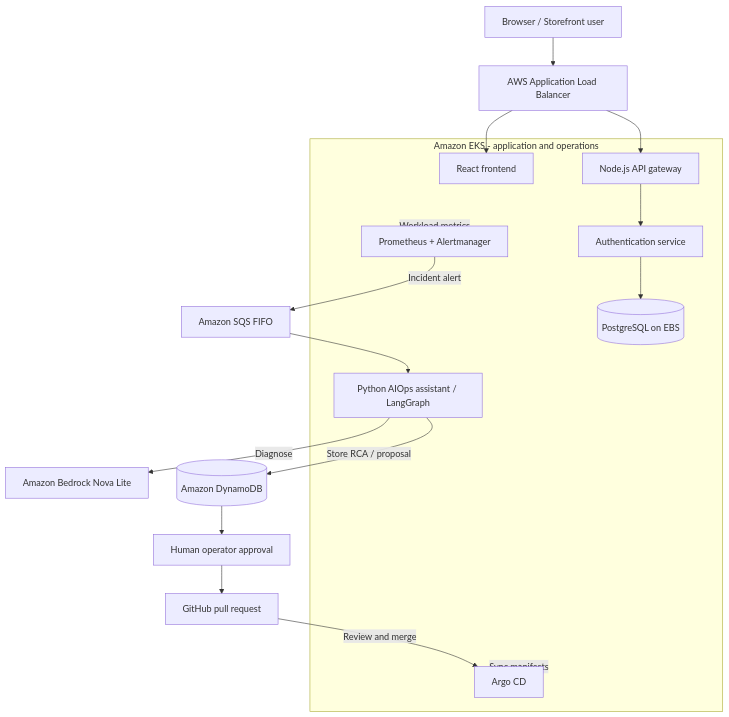
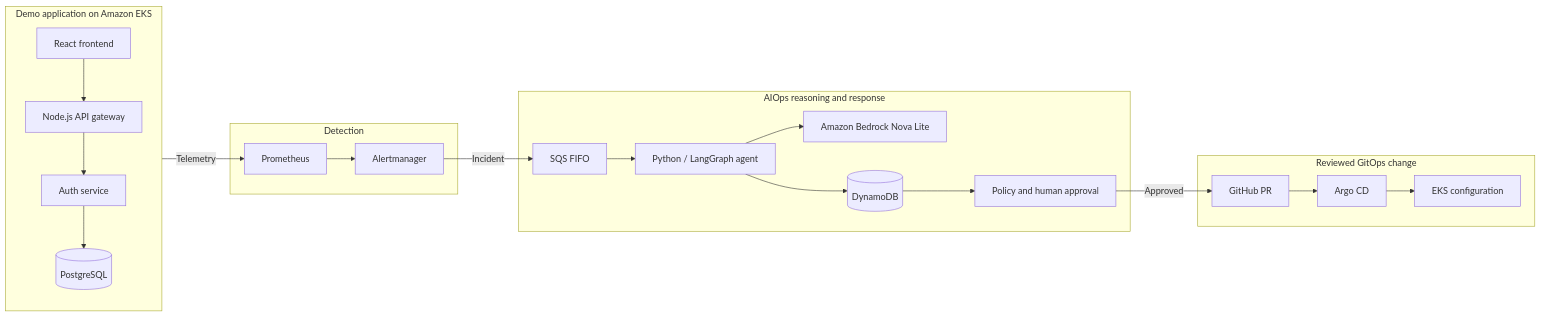
Before and after one commit to itsme-aarjav/autonomous-devsecops-platform: the second of 2 diagrams in README.md, drawn with Mermaid. The commit also changed other lines of this file, not shown here.

Commit message:
autonomous-devsecops-platform

````diff
--- a/README.md
+++ b/README.md
@@ -72,28 +135,34 @@
 ```mermaid
-flowchart TB
-    User["Browser / Storefront user"] --> ALB["AWS Application Load Balancer"]
-    ALB --> UI["React frontend"]
-    ALB --> Gateway["Node.js API gateway"]
-    Gateway --> Auth["Authentication service"]
-    Auth --> Postgres[("PostgreSQL on EBS")]
-
-    subgraph Platform["Amazon EKS - application and operations"]
-        UI
-        Gateway
-        Auth
-        Postgres
-        Metrics["Prometheus + Alertmanager"]
-        Agent["Python AIOps assistant / LangGraph"]
-        Argo["Argo CD"]
+flowchart LR
+    subgraph App["Demo application on Amazon EKS"]
+        UI["React frontend"] --> GW["Node.js API gateway"]
+        GW --> AUTH["Auth service"]
+        AUTH --> PG[("PostgreSQL")]
     end
 
-    Platform -->|"Workload metrics"| Metrics
-    Metrics -->|"Incident alert"| SQS["Amazon SQS FIFO"]
-    SQS --> Agent
-    Agent -->|"Diagnose"| Bedrock["Amazon Bedrock Nova Lite"]
-    Agent -->|"Store RCA / proposal"| DB[("Amazon DynamoDB")]
-    DB --> CLI["Human operator approval"]
-    CLI --> PR["GitHub pull request"]
-    PR -->|"Review and merge"| Argo
-    Argo -->|"Sync manifests"| Platform
+    subgraph Observe["Detection"]
+        PROM["Prometheus"]
+        AM["Alertmanager"]
+        PROM --> AM
+    end
+
+    subgraph AIOPS["AIOps reasoning and response"]
+        SQS["SQS FIFO"]
+        AGENT["Python / LangGraph agent"]
+        MODEL["Amazon Bedrock Nova Lite"]
+        DDB[("DynamoDB")]
+        POLICY["Policy and human approval"]
+        SQS --> AGENT
+        AGENT --> MODEL
+        AGENT --> DDB
+        DDB --> POLICY
+    end
+
+    subgraph Delivery["Reviewed GitOps change"]
+        PR["GitHub PR"] --> ARGO["Argo CD"] --> K8S["EKS configuration"]
+    end
+
+    App -->|"Telemetry"| PROM
+    AM -->|"Incident"| SQS
+    POLICY -->|"Approved"| PR
 ```
````
